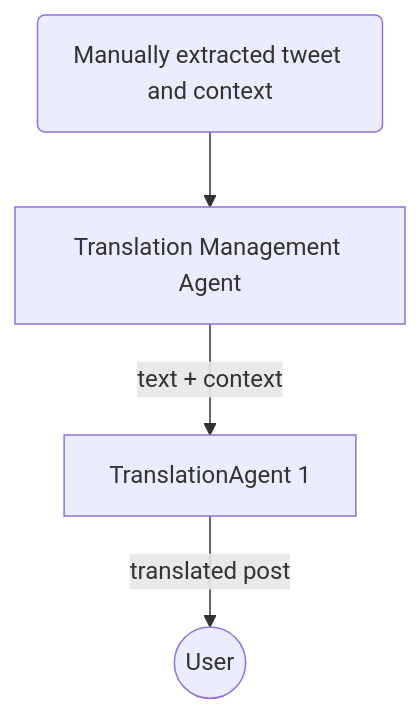
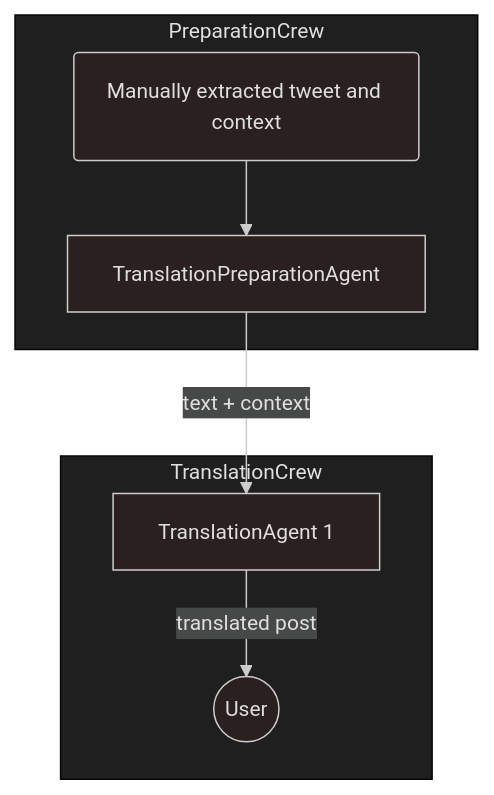
Before and after one commit to ctseng777/babel_crewai: the diagram in doc/v0/v0.mermaid, drawn with Mermaid. The commit also changed other lines of this file and 6 other files, not shown here.

Commit message:
update architecture diagrams

```diff
--- a/doc/v0/v0.mermaid
+++ b/doc/v0/v0.mermaid
@@ -1,9 +1,16 @@
+---
+config:
+  theme: neo-dark
+---
 flowchart TD
-    t(Manually extracted tweet and context)
-    M[Translation Management Agent]
-    T1[TranslationAgent 1]
-    U((User))
-    
-    t --> M
-    M -->|text + context| T1
+    subgraph PreparationCrew
+        t(Manually extracted tweet and context)
+        P[TranslationPreparationAgent]
+    end
+    subgraph TranslationCrew
+        T1[TranslationAgent 1]
+        U((User))
+    end
+    t --> P
+    P -->|text + context| T1
     T1 -->|translated post| U
```
